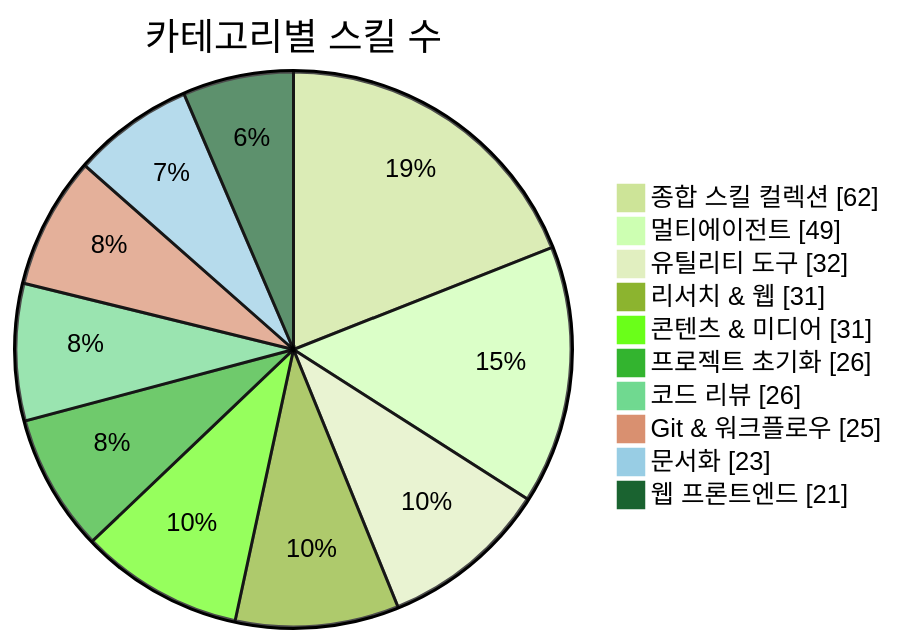
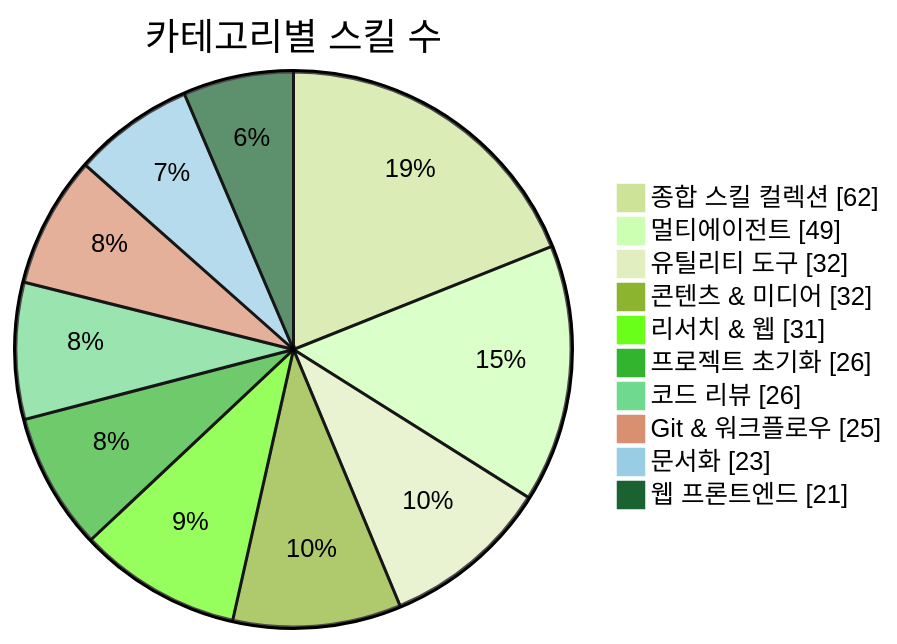
One commit to J-nowcow/awesome-korean-agent-skills changed the first of 3 diagrams in README.md. Above: the diagram before and after it, drawn with Mermaid (forest theme). The commit also changed other lines of this file and 3 other files, not shown here.

````diff
--- a/README.md
+++ b/README.md
@@ -176,14 +176,14 @@
 ```mermaid
 pie showData
     title 카테고리별 스킬 수
     "종합 스킬 컬렉션" : 62
     "멀티에이전트" : 49
     "유틸리티 도구" : 32
+    "콘텐츠 & 미디어" : 32
     "리서치 & 웹" : 31
-    "콘텐츠 & 미디어" : 31
     "프로젝트 초기화" : 26
     "코드 리뷰" : 26
     "Git & 워크플로우" : 25
     "문서화" : 23
     "웹 프론트엔드" : 21
 ```
````
